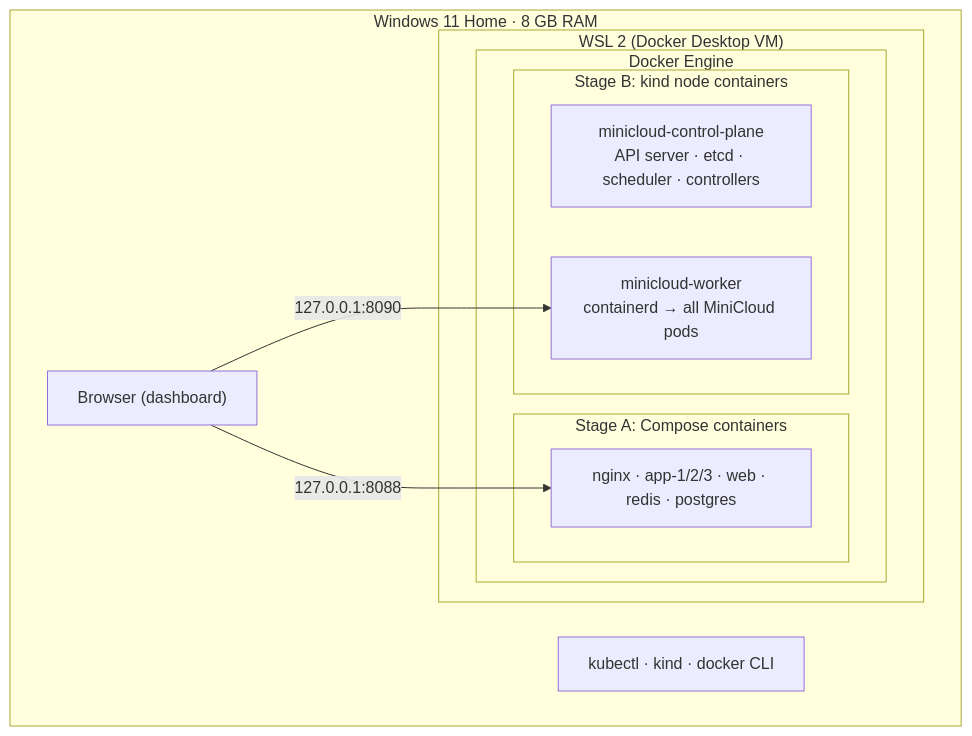
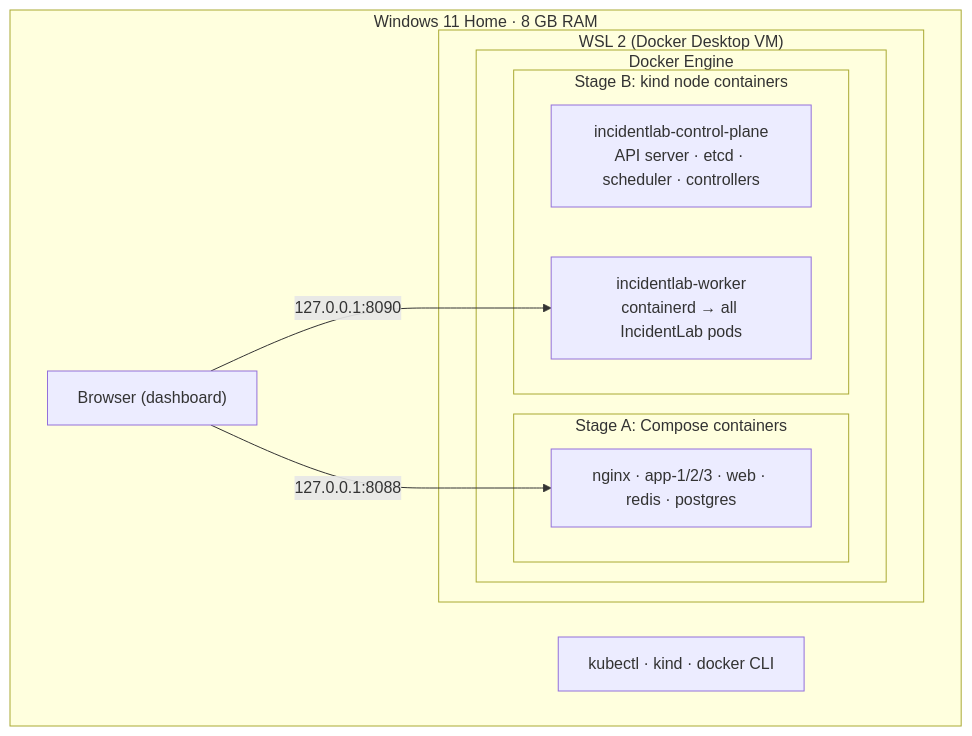
The first of 6 diagrams in docs/ARCHITECTURE.md (Sreerajraveendran/incidentlab), drawn with Mermaid before and after one commit. The commit also changed other lines of this file and 42 other files, not shown here.

First line of the commit message:
Rename MiniCloud to IncidentLab

````diff
--- a/docs/ARCHITECTURE.md
+++ b/docs/ARCHITECTURE.md
@@ -36,20 +41,20 @@
 ```mermaid
 flowchart TB
   subgraph WIN["Windows 11 Home · 8 GB RAM"]
     BROWSER["Browser (dashboard)"]
     CLI["kubectl · kind · docker CLI"]
     subgraph WSL["WSL 2 (Docker Desktop VM)"]
       subgraph DOCKER["Docker Engine"]
         subgraph A["Stage A: Compose containers"]
           A1["nginx · app-1/2/3 · web · redis · postgres"]
         end
         subgraph B["Stage B: kind node containers"]
-          CP["minicloud-control-plane<br/>API server · etcd · scheduler · controllers"]
-          WK["minicloud-worker<br/>containerd → all MiniCloud pods"]
+          CP["incidentlab-control-plane<br/>API server · etcd · scheduler · controllers"]
+          WK["incidentlab-worker<br/>containerd → all IncidentLab pods"]
         end
       end
     end
   end
   BROWSER -->|"127.0.0.1:8088"| A1
   BROWSER -->|"127.0.0.1:8090"| WK
 ```
````
